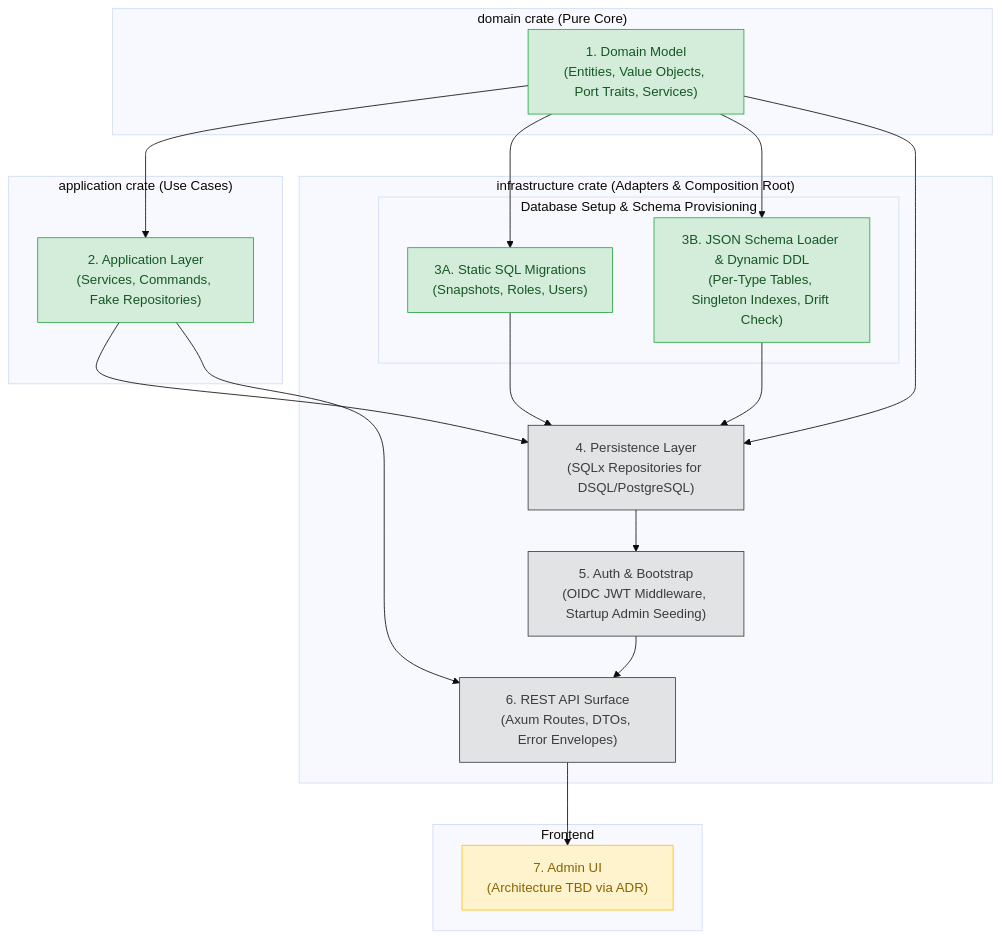
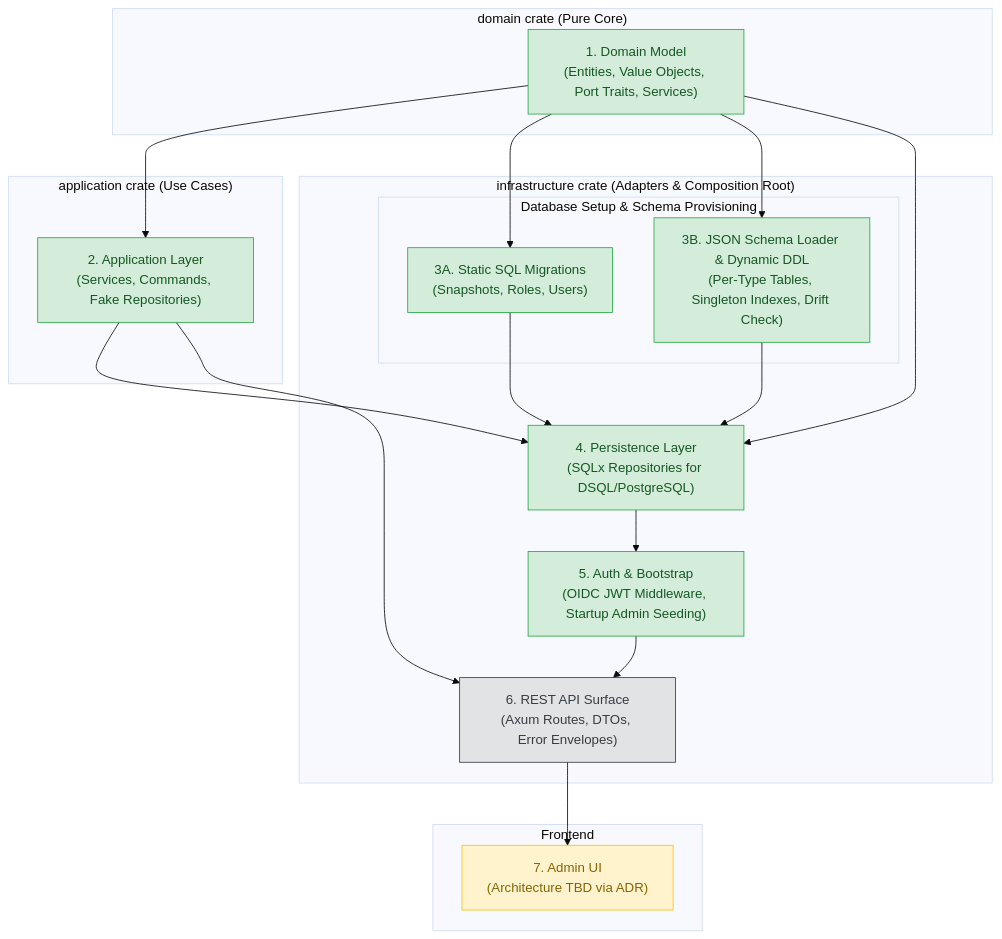
Before and after one commit to luminair-cms/luminair-service-aws-dsql: the diagram in docs/roadmap.md, drawn with Mermaid (base theme). The commit also changed other lines of this file and 14 other files, not shown here.

First line of the commit message:
feat(auth): implement Phase 5 Authentication, Security & Bootstrap

````diff
--- a/docs/roadmap.md
+++ b/docs/roadmap.md
@@ -9,43 +9,43 @@
 ```mermaid
 flowchart TD
     classDef done fill:#d4edda,stroke:#28a745,color:#155724;
     classDef planned fill:#e2e3e5,stroke:#383d41,color:#383d41;
     classDef tbd fill:#fff3cd,stroke:#ffc107,color:#856404;
 
     subgraph CrateDomain["domain crate (Pure Core)"]
         Domain["1. Domain Model<br/>(Entities, Value Objects, Port Traits, Services)"]:::done
     end
 
     subgraph CrateApp["application crate (Use Cases)"]
         App["2. Application Layer<br/>(Services, Commands, Fake Repositories)"]:::done
     end
 
     subgraph CrateInfra["infrastructure crate (Adapters & Composition Root)"]
         subgraph SubgraphDB["Database Setup & Schema Provisioning"]
             StaticMig["3A. Static SQL Migrations<br/>(Snapshots, Roles, Users)"]:::done
             SchemaLoader["3B. JSON Schema Loader & Dynamic DDL<br/>(Per-Type Tables, Singleton Indexes, Drift Check)"]:::done
         end
 
-        Persistence["4. Persistence Layer<br/>(SQLx Repositories for DSQL/PostgreSQL)"]:::planned
-        Auth["5. Auth & Bootstrap<br/>(OIDC JWT Middleware, Startup Admin Seeding)"]:::planned
+        Persistence["4. Persistence Layer<br/>(SQLx Repositories for DSQL/PostgreSQL)"]:::done
+        Auth["5. Auth & Bootstrap<br/>(OIDC JWT Middleware, Startup Admin Seeding)"]:::done
         RestApi["6. REST API Surface<br/>(Axum Routes, DTOs, Error Envelopes)"]:::planned
     end
 
     subgraph ClientLayer["Frontend"]
         UI["7. Admin UI<br/>(Architecture TBD via ADR)"]:::tbd
     end
 
     Domain --> App
     Domain --> StaticMig
     Domain --> SchemaLoader
     Domain --> Persistence
 
     App --> Persistence
     StaticMig --> Persistence
     SchemaLoader --> Persistence
 
     Persistence --> Auth
     Auth --> RestApi
     App --> RestApi
     RestApi --> UI
 ```
````
